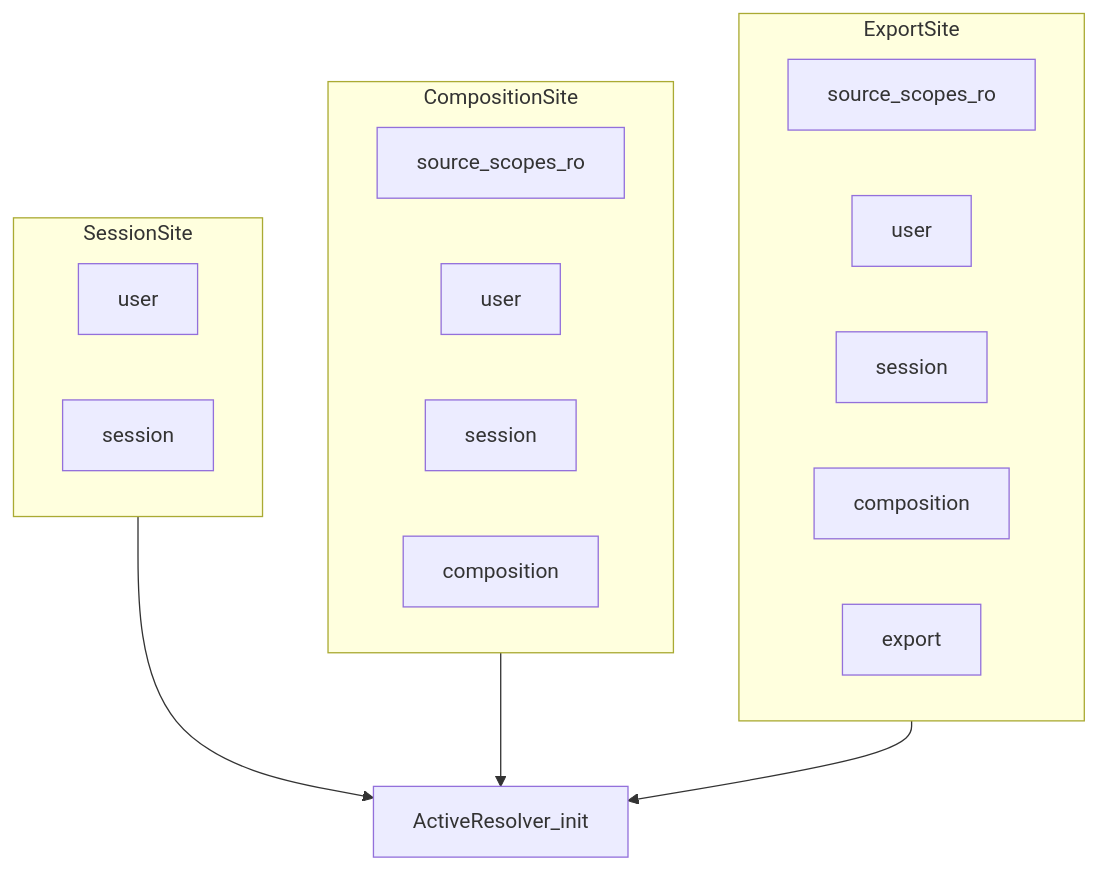
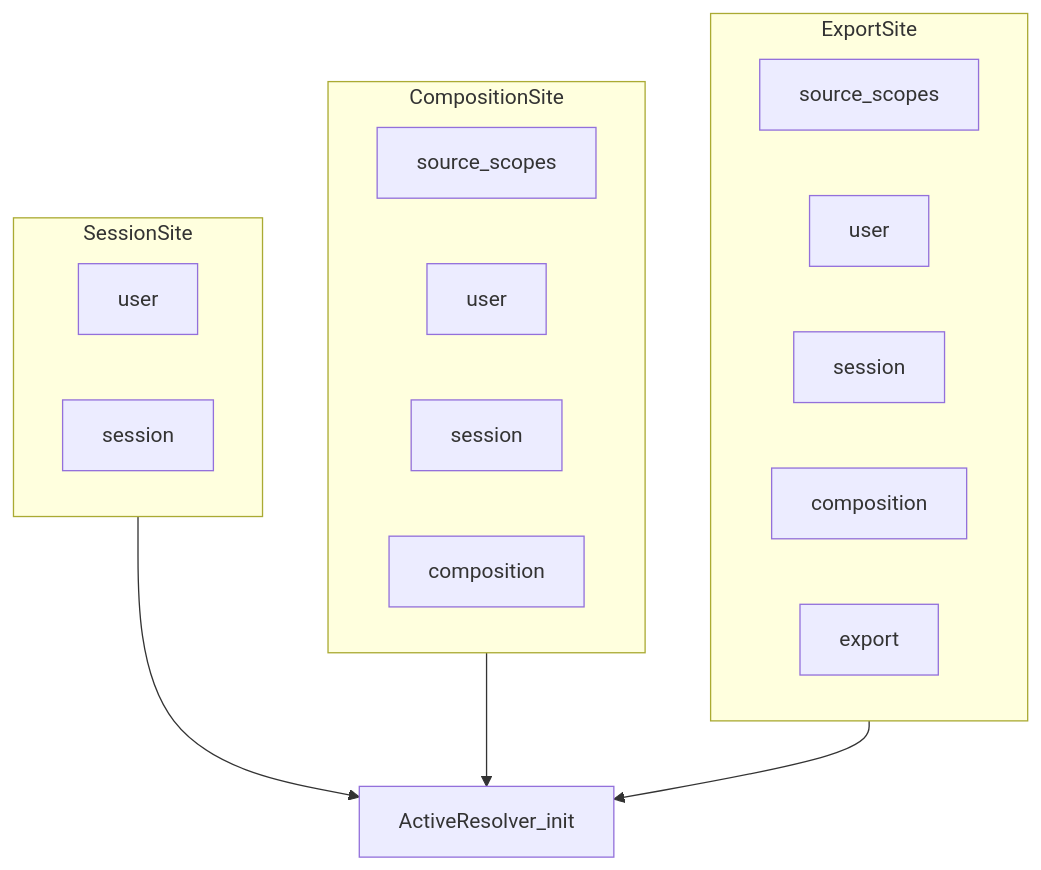
One commit to ngwese/FieldAssist changed the diagram in docs/spec/SPEC-metadata.md. Above: the diagram before and after it, drawn with Mermaid. The commit also changed other lines of this file and 26 other files, not shown here.

````diff
--- a/docs/spec/SPEC-metadata.md
+++ b/docs/spec/SPEC-metadata.md
@@ -155,23 +156,23 @@
 ```mermaid
 flowchart TB
   subgraph sessionSite [SessionSite]
     userS[user]
     sessionS[session]
   end
   subgraph compositionSite [CompositionSite]
-    sourceC[source_scopes_ro]
+    sourceC[source_scopes]
     userC[user]
     sessionC[session]
     compositionC[composition]
   end
   subgraph exportSite [ExportSite]
-    sourceE[source_scopes_ro]
+    sourceE[source_scopes]
     userE[user]
     sessionE[session]
     compositionE[composition]
     exportE[export]
   end
   sessionSite --> resolver[ActiveResolver_init]
   compositionSite --> resolver
   exportSite --> resolver
 ```
````
